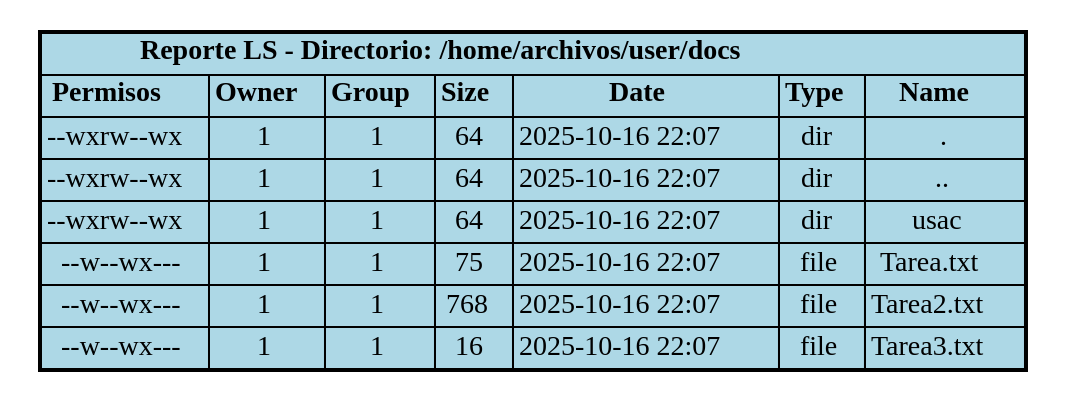
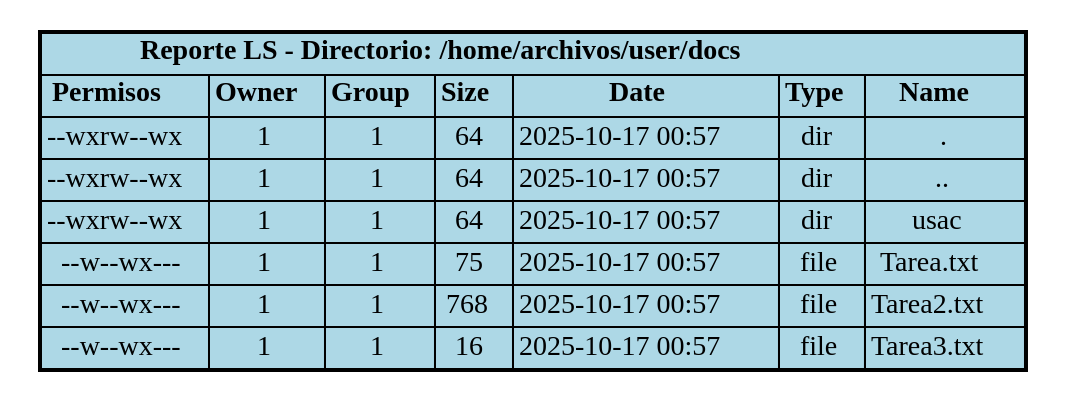
The diagram in backend/provider/reports/src/ls_381A.dot (DiegVas/MIA_2S2025_P2_202300638), drawn with Graphviz before and after one commit. The commit also changed 14 other files, not shown here.

```diff
--- a/backend/provider/reports/src/ls_381A.dot
+++ b/backend/provider/reports/src/ls_381A.dot
@@ -1,71 +1,71 @@
 digraph LS_Report {
     rankdir=TB;
     node [shape=plaintext];
     edge [style=invisible];
     title [label=<<TABLE BORDER="1" CELLBORDER="1" CELLSPACING="0" BGCOLOR="lightblue">
         <TR><TD COLSPAN="7"><B>Reporte LS - Directorio: /home/archivos/user/docs</B></TD></TR>
         <TR>
             <TD><B>Permisos</B></TD>
             <TD><B>Owner</B></TD>
             <TD><B>Group</B></TD>
             <TD><B>Size</B></TD>
             <TD><B>Date</B></TD>
             <TD><B>Type</B></TD>
             <TD><B>Name</B></TD>
         </TR>
         <TR>
             <TD>--wxrw--wx</TD>
             <TD>1</TD>
             <TD>1</TD>
             <TD>64</TD>
-            <TD>2025-10-16 22:07</TD>
+            <TD>2025-10-17 00:57</TD>
             <TD>dir</TD>
             <TD>.</TD>
         </TR>
         <TR>
             <TD>--wxrw--wx</TD>
             <TD>1</TD>
             <TD>1</TD>
             <TD>64</TD>
-            <TD>2025-10-16 22:07</TD>
+            <TD>2025-10-17 00:57</TD>
             <TD>dir</TD>
             <TD>..</TD>
         </TR>
         <TR>
             <TD>--wxrw--wx</TD>
             <TD>1</TD>
             <TD>1</TD>
             <TD>64</TD>
-            <TD>2025-10-16 22:07</TD>
+            <TD>2025-10-17 00:57</TD>
             <TD>dir</TD>
             <TD>usac</TD>
         </TR>
         <TR>
             <TD>--w--wx---</TD>
             <TD>1</TD>
             <TD>1</TD>
             <TD>75</TD>
-            <TD>2025-10-16 22:07</TD>
+            <TD>2025-10-17 00:57</TD>
             <TD>file</TD>
             <TD>Tarea.txt</TD>
         </TR>
         <TR>
             <TD>--w--wx---</TD>
             <TD>1</TD>
             <TD>1</TD>
             <TD>768</TD>
-            <TD>2025-10-16 22:07</TD>
+            <TD>2025-10-17 00:57</TD>
             <TD>file</TD>
             <TD>Tarea2.txt</TD>
         </TR>
         <TR>
             <TD>--w--wx---</TD>
             <TD>1</TD>
             <TD>1</TD>
             <TD>16</TD>
-            <TD>2025-10-16 22:07</TD>
+            <TD>2025-10-17 00:57</TD>
             <TD>file</TD>
             <TD>Tarea3.txt</TD>
         </TR>
     </TABLE>>];
 }
```
